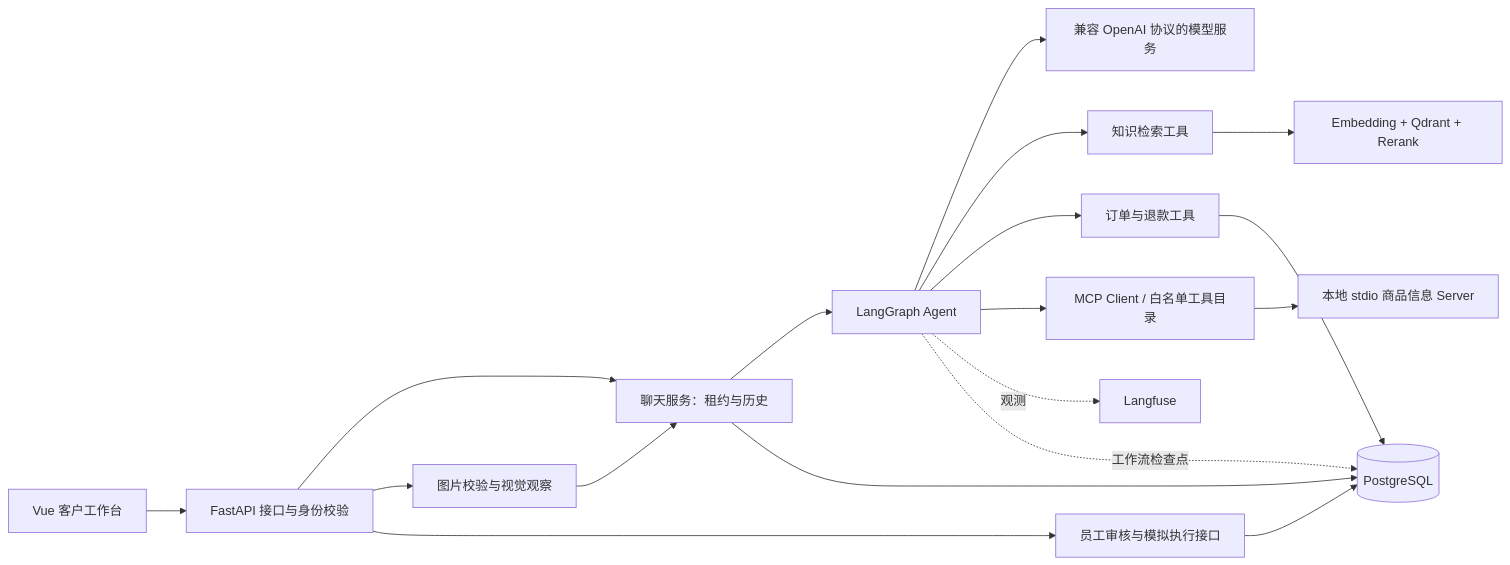
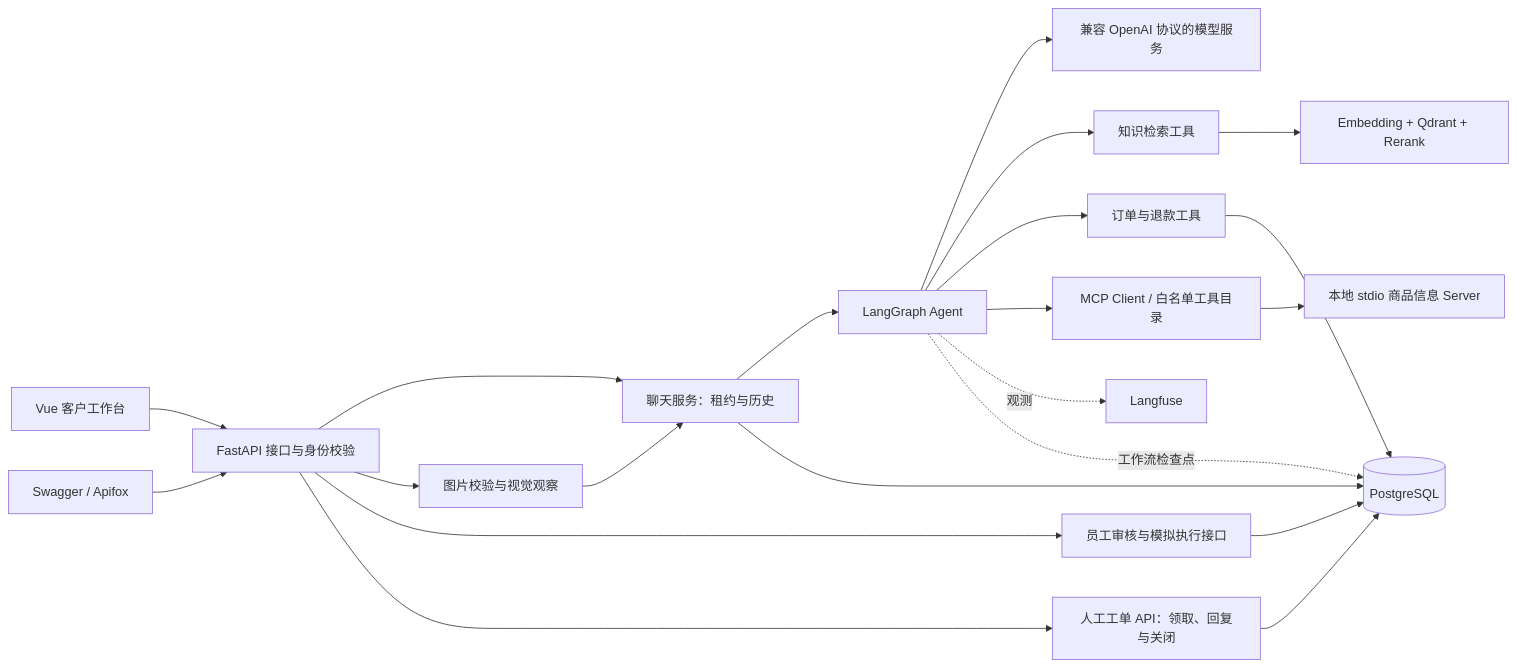
The diagram in README.md (111wjh/OmniSupport-AI), drawn with Mermaid before and after one commit. The commit also changed other lines of this file and 11 other files, not shown here.

````diff
--- a/README.md
+++ b/README.md
@@ -41,20 +42,23 @@
 ```mermaid
 flowchart LR
     UI[Vue 客户工作台] --> API[FastAPI 接口与身份校验]
     API --> Chat[聊天服务：租约与历史]
     API --> Vision[图片校验与视觉观察]
     Vision --> Chat
     Chat --> Graph[LangGraph Agent]
     Graph --> Model[兼容 OpenAI 协议的模型服务]
     Graph --> RAG[知识检索工具]
     RAG --> Vector[Embedding + Qdrant + Rerank]
     Graph --> Business[订单与退款工具]
     Graph --> MCP[MCP Client / 白名单工具目录]
     MCP --> Catalog[本地 stdio 商品信息 Server]
     Business --> PG[(PostgreSQL)]
     Chat --> PG
     API --> Review[员工审核与模拟执行接口]
     Review --> PG
+    Ops[Swagger / Apifox] --> API
+    API --> Tickets[人工工单 API：领取、回复与关闭]
+    Tickets --> PG
     Graph -.观测.-> LF[Langfuse]
     Graph -.工作流检查点.-> PG
 ```
````
